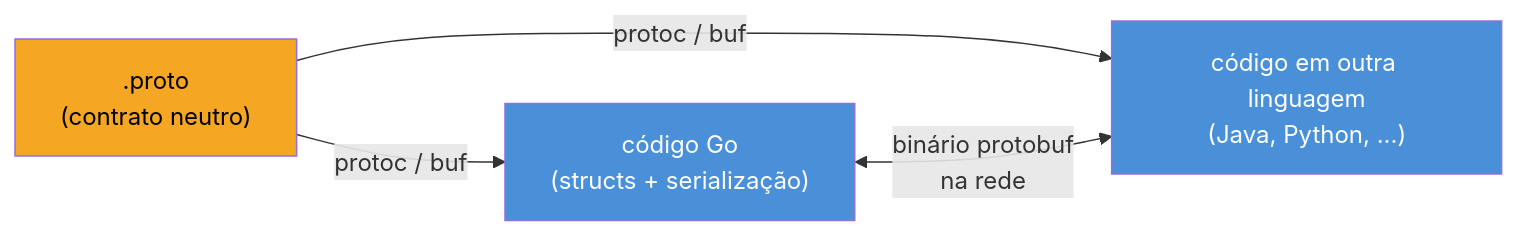
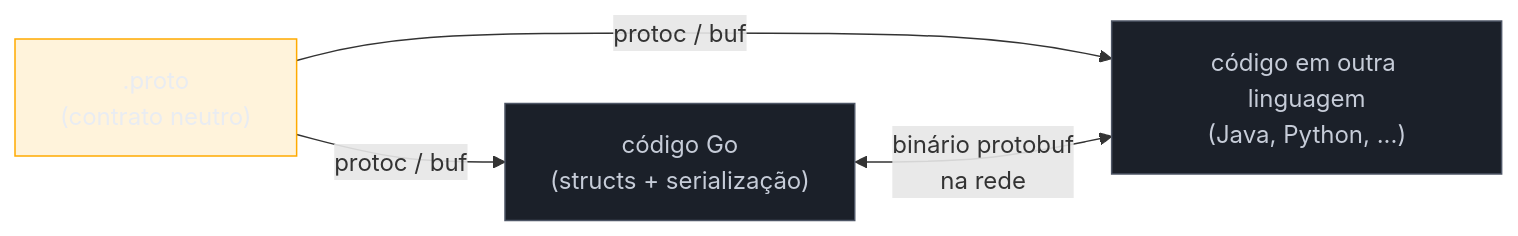
Before and after one commit to josenaldo/codex-technomanticus: the diagram in 03-Dominios/Tecnologia/Go/12 - gRPC e protobuf/02 - Protocol Buffers.md, drawn with Mermaid. The commit also changed 1181 other files, not shown here.

First line of the commit message:
fix(diagramas): paleta do sistema no lugar de cor cravada no markdown

````diff
--- a/03-Dominios/Tecnologia/Go/12 - gRPC e protobuf/02 - Protocol Buffers.md
+++ b/03-Dominios/Tecnologia/Go/12 - gRPC e protobuf/02 - Protocol Buffers.md
@@ -53,10 +53,12 @@
 ```mermaid
 flowchart LR
+    classDef destaque fill:#FFAA0024,stroke:#FFAA00,color:#E9ECF2
+    classDef neutro fill:#1B2029,stroke:#4E5666,color:#C6CCD8
     A[".proto\n(contrato neutro)"] -->|protoc / buf| B["código Go\n(structs + serialização)"]
     A -->|protoc / buf| C["código em outra linguagem\n(Java, Python, ...)"]
     B <-->|binário protobuf\nna rede| C
 
-    style A fill:#F5A623,color:#000
-    style B fill:#4A90D9,color:#fff
-    style C fill:#4A90D9,color:#fff
+    class A destaque
+    class B neutro
+    class C neutro
 ```
````
